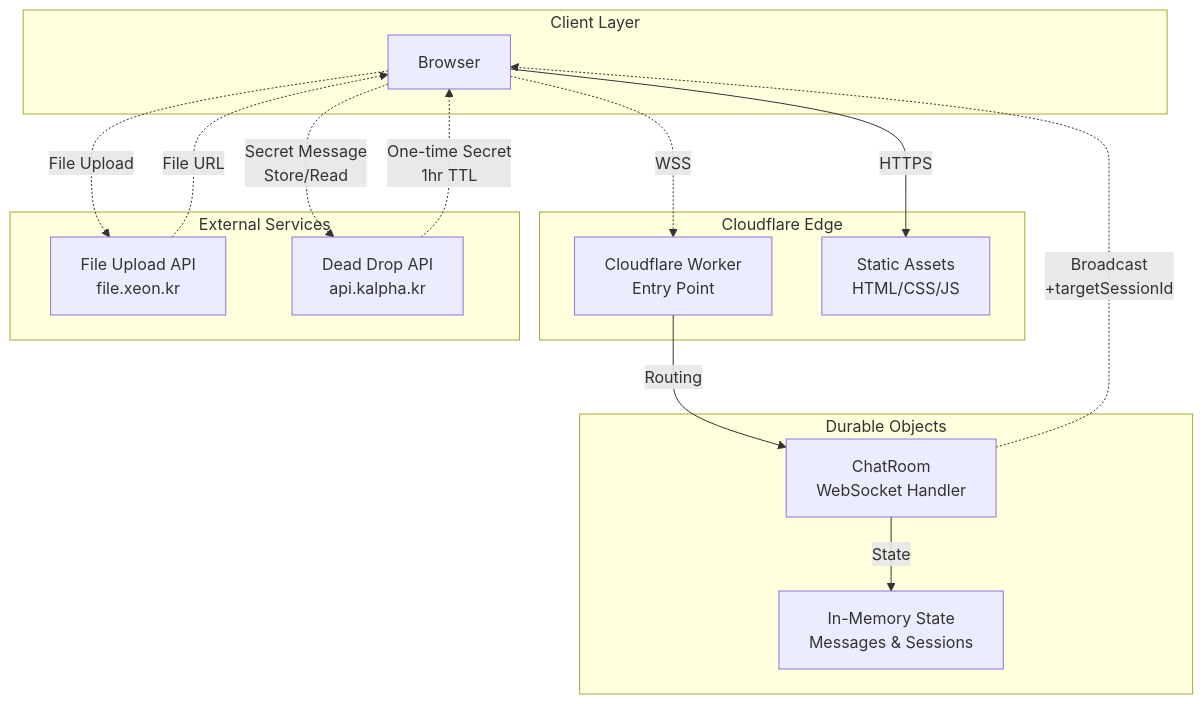
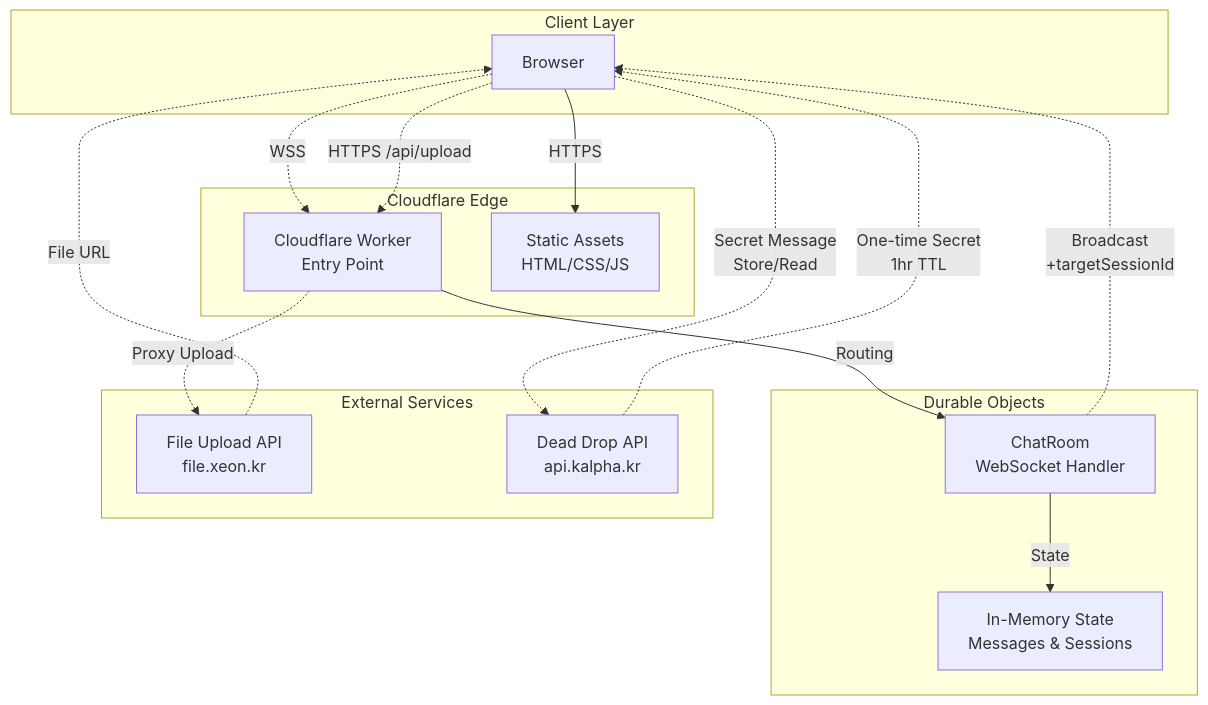
The first of 2 diagrams in README.md (gguatit/Anonymous_Chat), drawn with Mermaid before and after one commit. The commit also changed other lines of this file, not shown here.

````diff
--- a/README.md
+++ b/README.md
@@ -240,31 +240,32 @@
 ```mermaid
 graph TB
     subgraph "Client Layer"
         A[Browser]
     end
     
     subgraph "Cloudflare Edge"
         B[Cloudflare Worker<br/>Entry Point]
         C[Static Assets<br/>HTML/CSS/JS]
     end
     
     subgraph "Durable Objects"
         D[ChatRoom<br/>WebSocket Handler]
         E[In-Memory State<br/>Messages & Sessions]
     end
     
     subgraph "External Services"
         F[File Upload API<br/>file.xeon.kr]
         G[Dead Drop API<br/>api.kalpha.kr]
     end
     
     A -->|HTTPS| C
     A -.->|WSS| B
-    A -.->|File Upload| F
+    A -.->|HTTPS /api/upload| B
     A -.->|Secret Message<br/>Store/Read| G
     B -->|Routing| D
+    B -.->|Proxy Upload| F
     D -->|State| E
     D -.->|Broadcast<br/>+targetSessionId| A
     F -.->|File URL| A
     G -.->|One-time Secret<br/>1hr TTL| A
 ```
````
